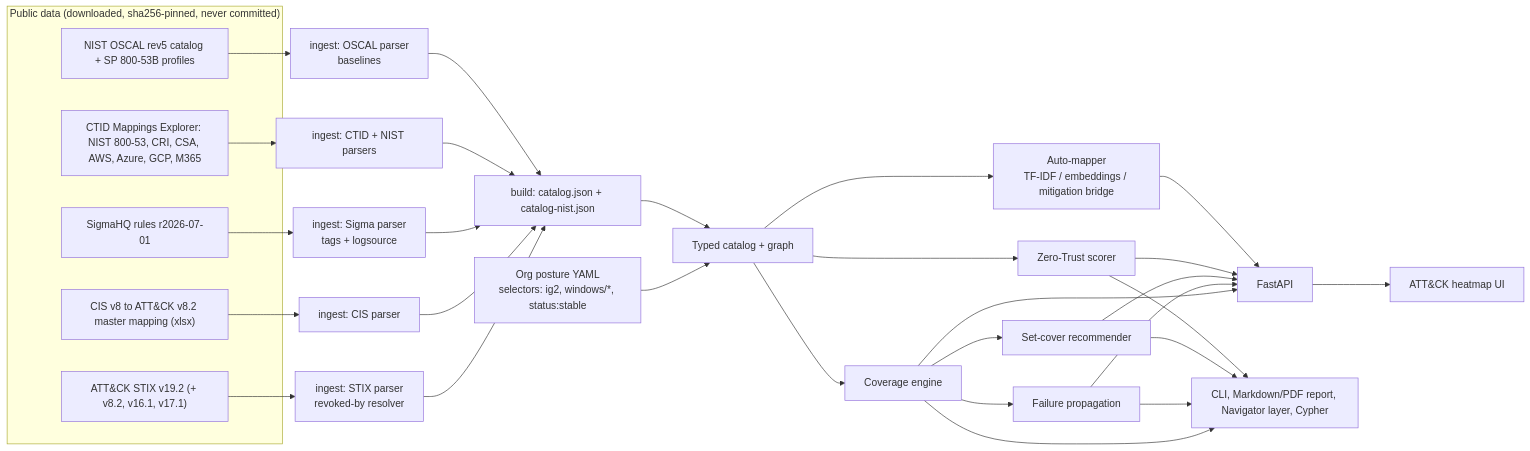
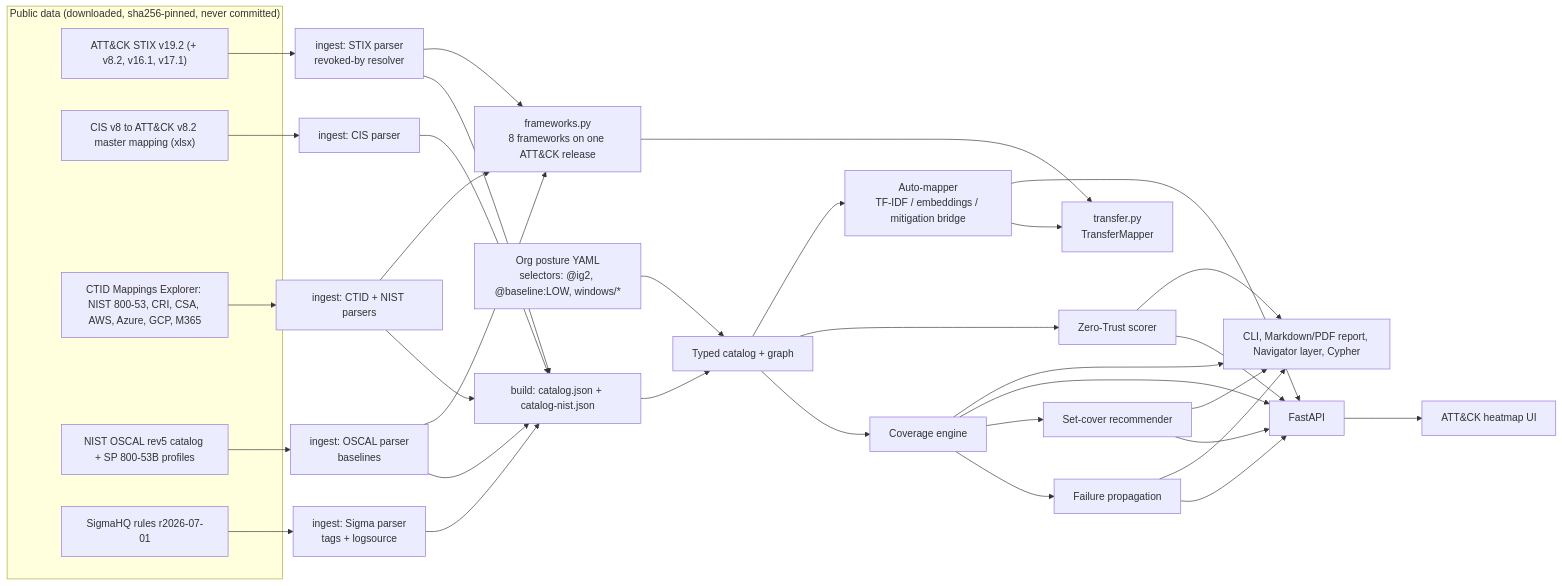
The diagram in README.md (rakshit-737/vantage), drawn with Mermaid before and after one commit. The commit also changed other lines of this file, not shown here.

First line of the commit message:
docs(readme): detection-backed framing, run ids, honest transfer results

````diff
--- a/README.md
+++ b/README.md
@@ -117,26 +128,29 @@
 ```mermaid
 flowchart LR
   subgraph DATA["Public data (downloaded, sha256-pinned, never committed)"]
     A["ATT&CK STIX v19.2 (+ v8.2, v16.1, v17.1)"]
     C["CIS v8 to ATT&CK v8.2 master mapping (xlsx)"]
     N["CTID Mappings Explorer: NIST 800-53, CRI, CSA, AWS, Azure, GCP, M365"]
     OS["NIST OSCAL rev5 catalog + SP 800-53B profiles"]
     S["SigmaHQ rules r2026-07-01"]
   end
   A --> I["ingest: STIX parser<br/>revoked-by resolver"]
   C --> I2["ingest: CIS parser"]
   N --> I4["ingest: CTID + NIST parsers"]
   OS --> I5["ingest: OSCAL parser<br/>baselines"]
   S --> I3["ingest: Sigma parser<br/>tags + logsource"]
   I & I2 & I3 & I4 & I5 --> B["build: catalog.json + catalog-nist.json"]
-  O["Org posture YAML<br/>selectors: ig2, windows/*, status:stable"] --> E
+  O["Org posture YAML<br/>selectors: @ig2, @baseline:LOW, windows/*"] --> E
   B --> E["Typed catalog + graph"]
   E --> CE["Coverage engine"]
   CE --> FP["Failure propagation"]
   CE --> RC["Set-cover recommender"]
   E --> ZT["Zero-Trust scorer"]
   E --> AM["Auto-mapper<br/>TF-IDF / embeddings / mitigation bridge"]
+  I & I4 & I5 --> FW["frameworks.py<br/>8 frameworks on one ATT&CK release"]
+  FW --> TR["transfer.py<br/>TransferMapper"]
+  AM --> TR
   CE & FP & RC & ZT & AM --> API["FastAPI"]
   API --> UI["ATT&CK heatmap UI"]
   CE & FP & RC & ZT --> R["CLI, Markdown/PDF report, Navigator layer, Cypher"]
 ```
````
